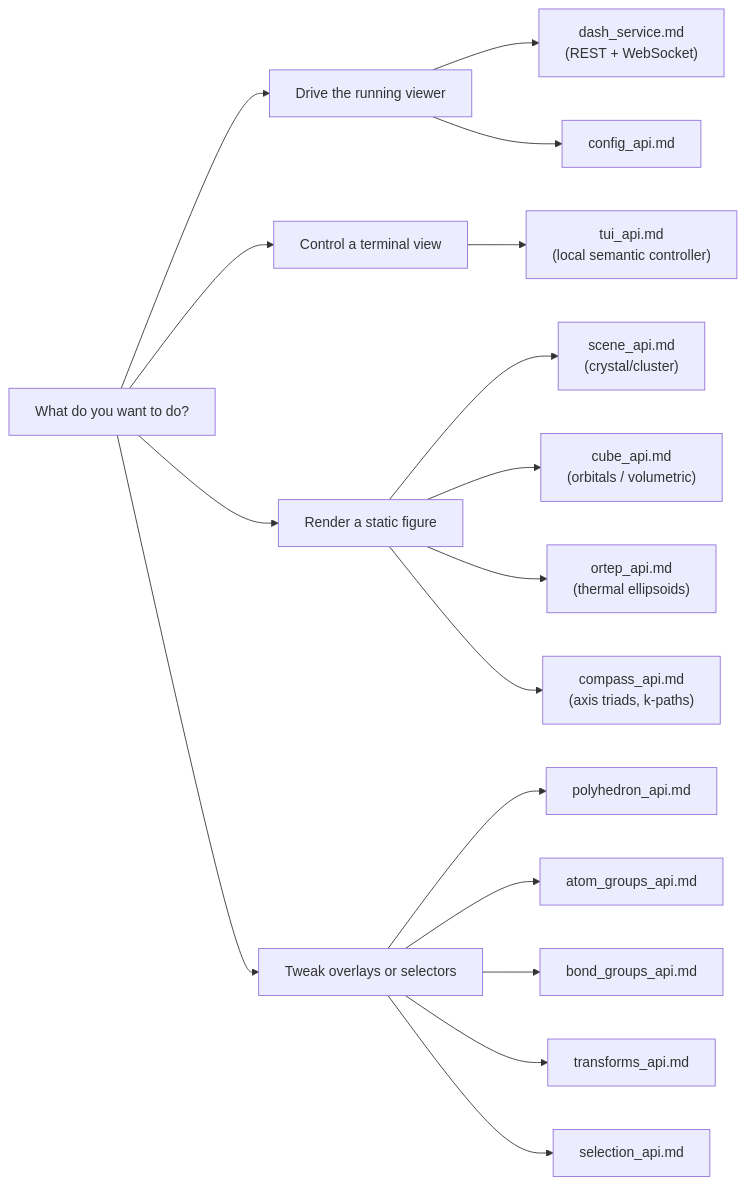
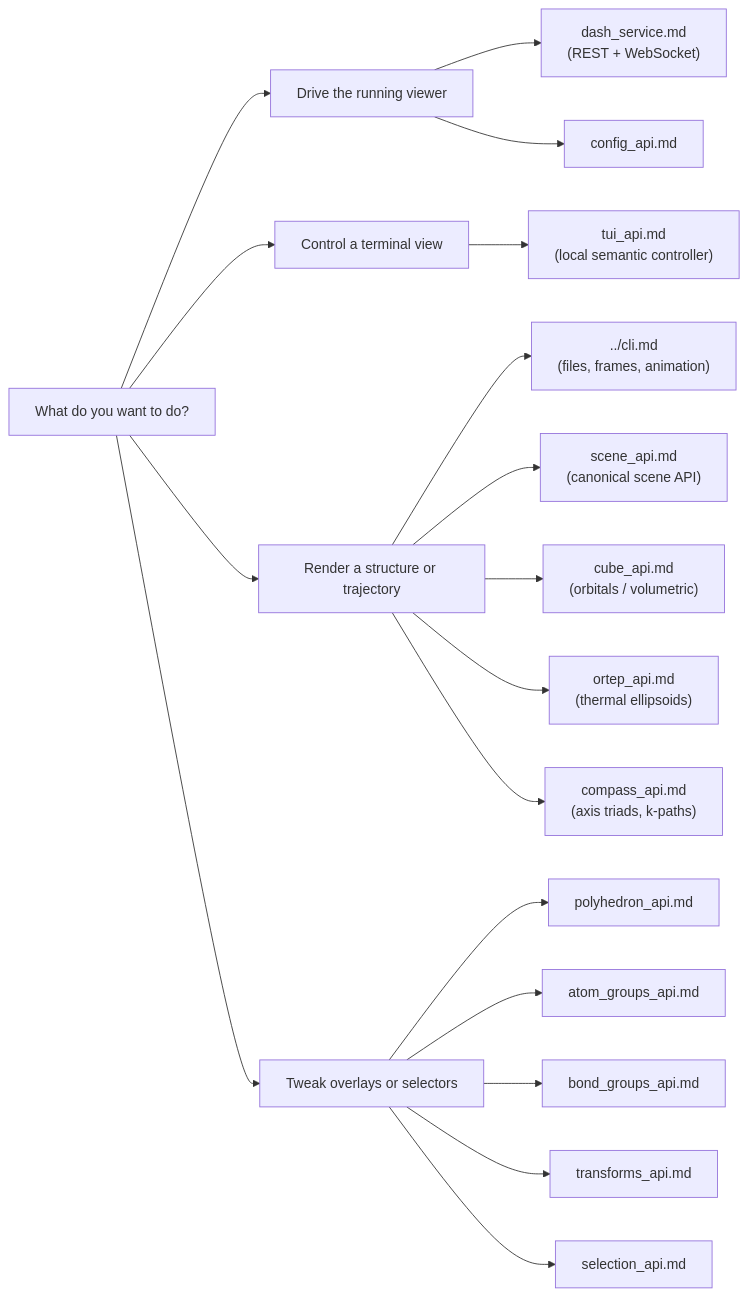
Before and after one commit to SchrodingersCattt/MatterVis: the first of 2 diagrams in docs/agents/README.md, drawn with Mermaid. The commit also changed other lines of this file and 18 other files, not shown here.

````diff
--- a/docs/agents/README.md
+++ b/docs/agents/README.md
@@ -13,23 +13,24 @@
 ```mermaid
 flowchart LR
     Q["What do you want to do?"]
     Q --> LIVE["Drive the running viewer"]
     Q --> TUI["Control a terminal view"]
-    Q --> STATIC["Render a static figure"]
+    Q --> STATIC["Render a structure or trajectory"]
     Q --> OVERLAY["Tweak overlays or selectors"]
 
     LIVE --> DASH["dash_service.md<br/>(REST + WebSocket)"]
     TUI --> TUIAPI["tui_api.md<br/>(local semantic controller)"]
 
-    STATIC --> SCENE["scene_api.md<br/>(crystal/cluster)"]
+    STATIC --> CLI["../cli.md<br/>(files, frames, animation)"]
+    STATIC --> SCENE["scene_api.md<br/>(canonical scene API)"]
     STATIC --> CUBE["cube_api.md<br/>(orbitals / volumetric)"]
     STATIC --> ORTEP["ortep_api.md<br/>(thermal ellipsoids)"]
     STATIC --> COMPASS["compass_api.md<br/>(axis triads, k-paths)"]
 
     OVERLAY --> POLY["polyhedron_api.md"]
     OVERLAY --> AG["atom_groups_api.md"]
     OVERLAY --> BG["bond_groups_api.md"]
     OVERLAY --> TR["transforms_api.md"]
     OVERLAY --> SEL["selection_api.md"]
     LIVE --> CONFIG["config_api.md"]
 ```
````
